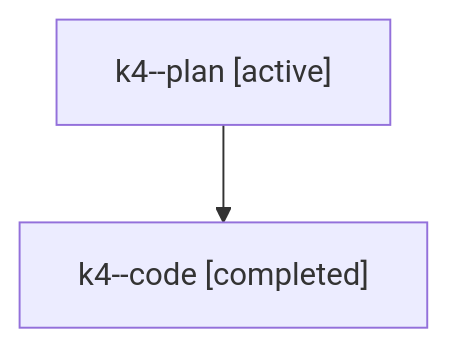
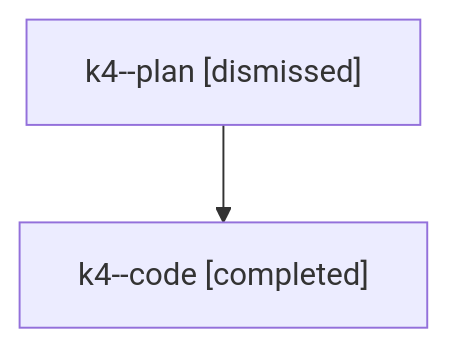
One commit to sase-org/sase--agents changed the diagram in sessions/bbugyi200.athena.k4.md. Above: the diagram before and after it, drawn with Mermaid. The commit also changed other lines of this file and 33 other files, not shown here.

````diff
--- a/sessions/bbugyi200.athena.k4.md
+++ b/sessions/bbugyi200.athena.k4.md
@@ -9,6 +9,6 @@
 ```mermaid
 flowchart TD
-  n0["k4--plan [active]"]
+  n0["k4--plan [dismissed]"]
   n1["k4--code [completed]"]
   n0 --> n1
 ```
````
